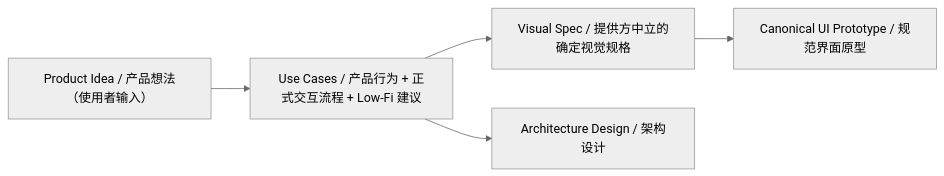
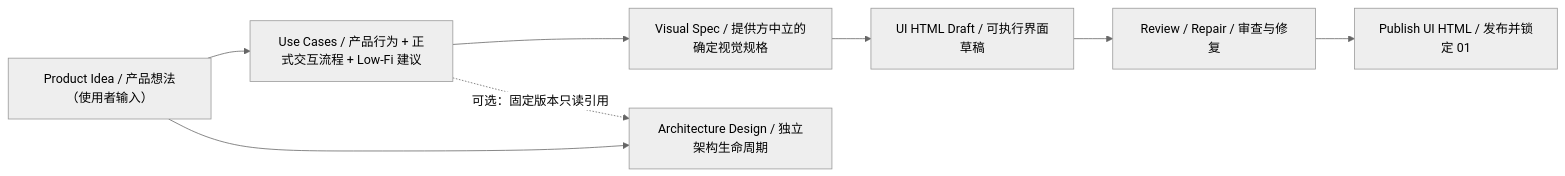
The first of 3 diagrams in templates/workspace/README.md (bigsmartben/pre-sdd), drawn with Mermaid (neutral theme) before and after one commit. The commit also changed other lines of this file and 41 other files, not shown here.

````diff
--- a/templates/workspace/README.md
+++ b/templates/workspace/README.md
@@ -34,7 +34,10 @@
 ```mermaid
 flowchart LR
     I["Product Idea / 产品想法（使用者输入）"] --> U["Use Cases / 产品行为 + 正式交互流程 + Low-Fi 建议"]
     U --> V["Visual Spec / 提供方中立的确定视觉规格"]
-    V --> C["Canonical UI Prototype / 规范界面原型"]
-    U --> A["Architecture Design / 架构设计"]
+    V --> C["UI HTML Draft / 可执行界面草稿"]
+    C --> R["Review / Repair / 审查与修复"]
+    R --> P["Publish UI HTML / 发布并锁定 01"]
+    I --> A["Architecture Design / 独立架构生命周期"]
+    U -. "可选：固定版本只读引用" .-> A
 ```
````
